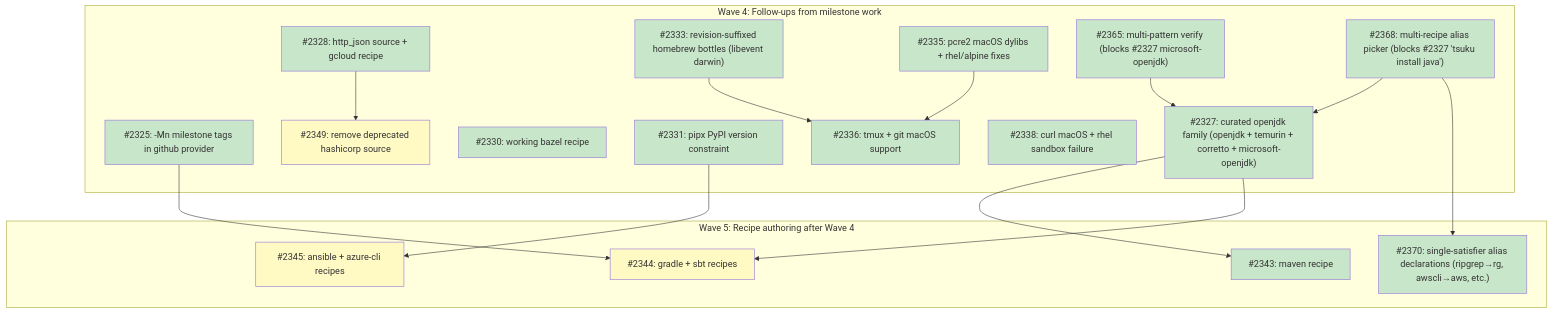
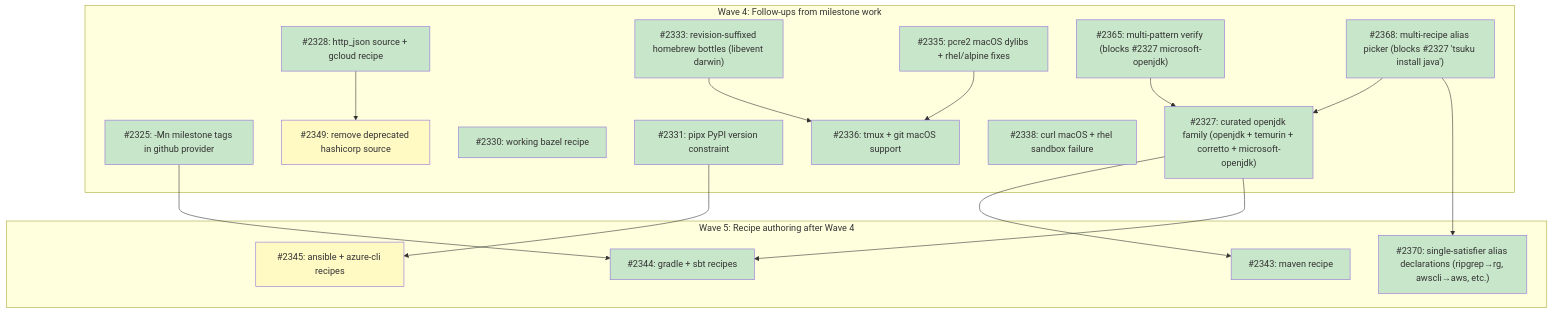
Before and after one commit to tsukumogami/tsuku: the diagram in docs/plans/PLAN-curated-recipes.md, drawn with Mermaid. The commit also changed other lines of this file and 3 other files, not shown here.

````diff
--- a/docs/plans/PLAN-curated-recipes.md
+++ b/docs/plans/PLAN-curated-recipes.md
@@ -146,49 +146,49 @@
 ```mermaid
 graph TD
     subgraph wave4 ["Wave 4: Follow-ups from milestone work"]
         I2325["#2325: -Mn milestone tags in github provider"]
         I2327["#2327: curated openjdk family (openjdk + temurin + corretto + microsoft-openjdk)"]
         I2328["#2328: http_json source + gcloud recipe"]
         I2330["#2330: working bazel recipe"]
         I2331["#2331: pipx PyPI version constraint"]
         I2333["#2333: revision-suffixed homebrew bottles (libevent darwin)"]
         I2335["#2335: pcre2 macOS dylibs + rhel/alpine fixes"]
         I2336["#2336: tmux + git macOS support"]
         I2338["#2338: curl macOS + rhel sandbox failure"]
         I2349["#2349: remove deprecated hashicorp source"]
         I2365["#2365: multi-pattern verify (blocks #2327 microsoft-openjdk)"]
         I2368["#2368: multi-recipe alias picker (blocks #2327 'tsuku install java')"]
     end
 
     subgraph wave5 ["Wave 5: Recipe authoring after Wave 4"]
         I2343["#2343: maven recipe"]
         I2344["#2344: gradle + sbt recipes"]
         I2345["#2345: ansible + azure-cli recipes"]
         I2370["#2370: single-satisfier alias declarations (ripgrep→rg, awscli→aws, etc.)"]
     end
 
     I2333 --> I2336
     I2335 --> I2336
 
     I2365 --> I2327
     I2368 --> I2327
     I2327 --> I2343
     I2325 --> I2344
     I2327 --> I2344
     I2331 --> I2345
     I2328 --> I2349
     I2368 --> I2370
 
     classDef done fill:#c8e6c9
     classDef ready fill:#bbdefb
     classDef blocked fill:#fff9c4
     classDef needsDesign fill:#e1bee7
     classDef needsPrd fill:#b3e5fc
     classDef needsSpike fill:#ffcdd2
     classDef needsDecision fill:#d1c4e9
     classDef tracksDesign fill:#FFE0B2,stroke:#F57C00,color:#000
     classDef tracksPlan fill:#FFE0B2,stroke:#F57C00,color:#000
 
-    class I2325,I2327,I2328,I2330,I2331,I2333,I2335,I2336,I2338,I2343,I2365,I2368,I2370 done
-    class I2344,I2345,I2349 blocked
+    class I2325,I2327,I2328,I2330,I2331,I2333,I2335,I2336,I2338,I2343,I2344,I2365,I2368,I2370 done
+    class I2345,I2349 blocked
 ```
````
